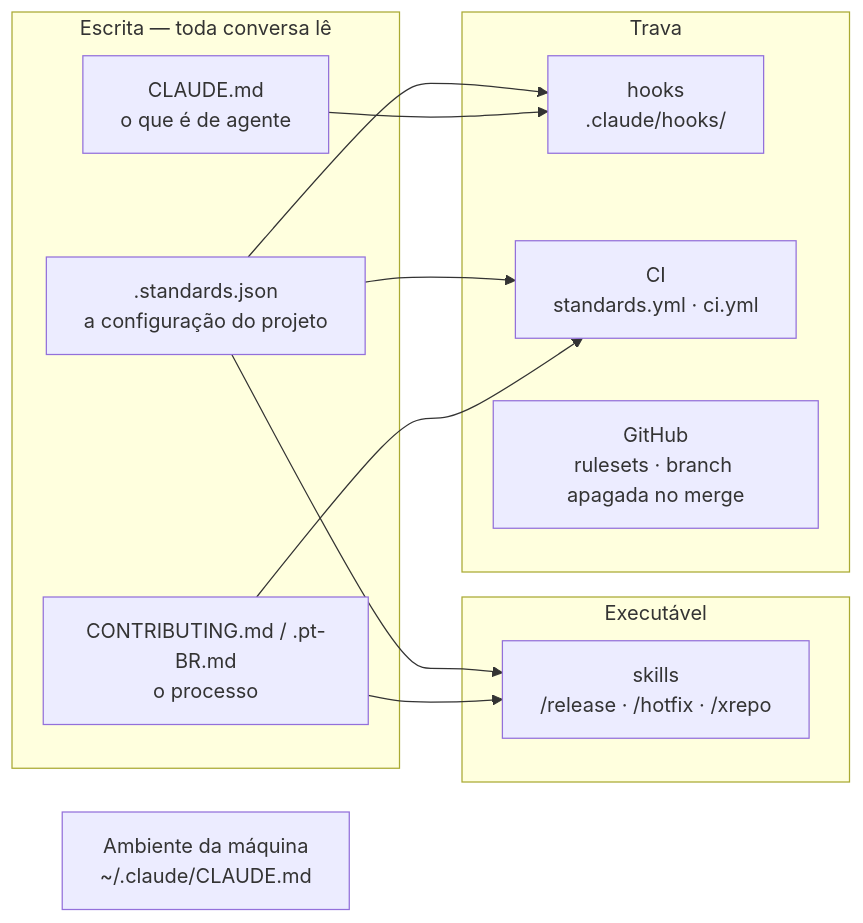
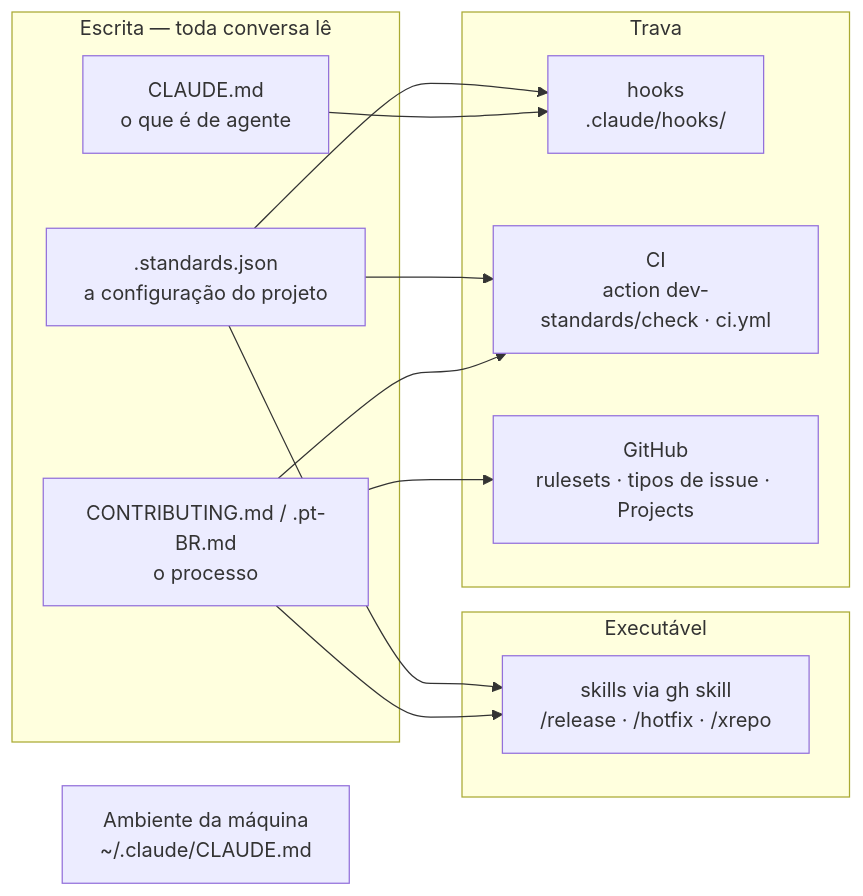
The first of 13 diagrams in docs/REGRAS.md (diego-castilho/dev-standards), drawn with Mermaid before and after one commit. The commit also changed other lines of this file, not shown here.

````diff
--- a/docs/REGRAS.md
+++ b/docs/REGRAS.md
@@ -45,23 +53,24 @@
 ```mermaid
 flowchart LR
   subgraph Escrita["Escrita — toda conversa lê"]
     C["CONTRIBUTING.md / .pt-BR.md<br/>o processo"]
     A["CLAUDE.md<br/>o que é de agente"]
     J[".standards.json<br/>a configuração do projeto"]
   end
   subgraph Executavel["Executável"]
-    S["skills<br/>/release · /hotfix · /xrepo"]
+    S["skills via gh skill<br/>/release · /hotfix · /xrepo"]
   end
   subgraph Trava["Trava"]
     H["hooks<br/>.claude/hooks/"]
-    W["CI<br/>standards.yml · ci.yml"]
-    G["GitHub<br/>rulesets · branch apagada no merge"]
+    W["CI<br/>action dev-standards/check · ci.yml"]
+    G["GitHub<br/>rulesets · tipos de issue · Projects"]
   end
   M["Ambiente da máquina<br/>~/.claude/CLAUDE.md"]
   C --> S
   C --> W
+  C --> G
   A --> H
   J --> H
   J --> W
   J --> S
 ```
````
